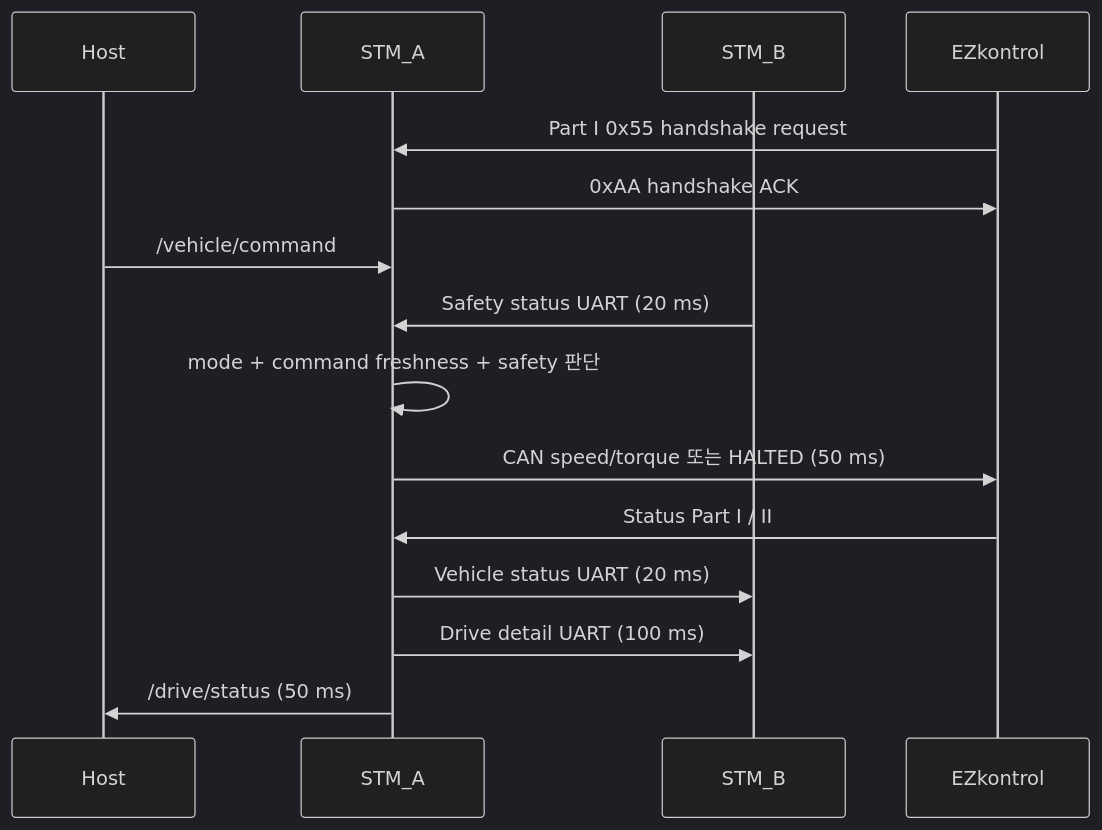
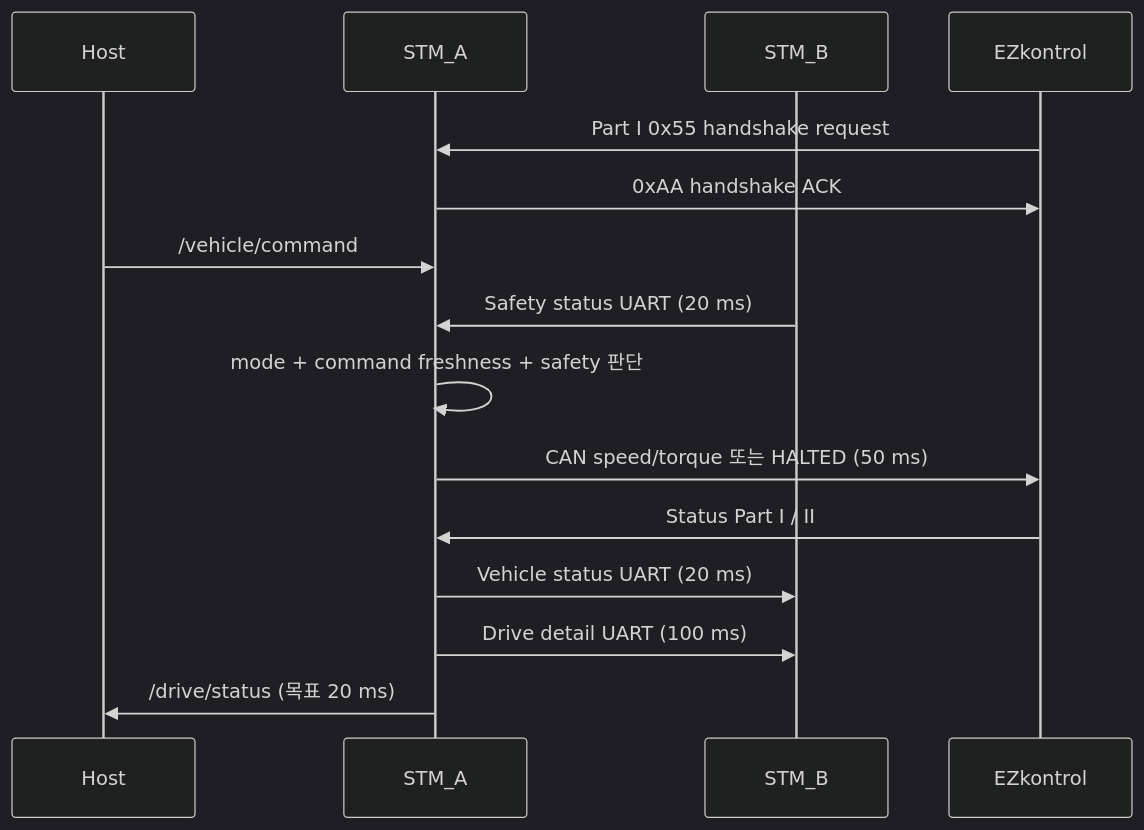
Before and after one commit to shinjuyeop/Control: the diagram in firmware/STM_A/README.md, drawn with Mermaid (dark theme). The commit also changed other lines of this file and 15 other files, not shown here.

````diff
--- a/firmware/STM_A/README.md
+++ b/firmware/STM_A/README.md
@@ -209,18 +228,18 @@
 ```mermaid
 sequenceDiagram
     participant Host
     participant A as STM_A
     participant B as STM_B
     participant Motor as EZkontrol
 
     Motor->>A: Part I 0x55 handshake request
     A->>Motor: 0xAA handshake ACK
     Host->>A: /vehicle/command
     B->>A: Safety status UART (20 ms)
     A->>A: mode + command freshness + safety 판단
     A->>Motor: CAN speed/torque 또는 HALTED (50 ms)
     Motor->>A: Status Part I / II
     A->>B: Vehicle status UART (20 ms)
     A->>B: Drive detail UART (100 ms)
-    A->>Host: /drive/status (50 ms)
+    A->>Host: /drive/status (목표 20 ms)
 ```
````
